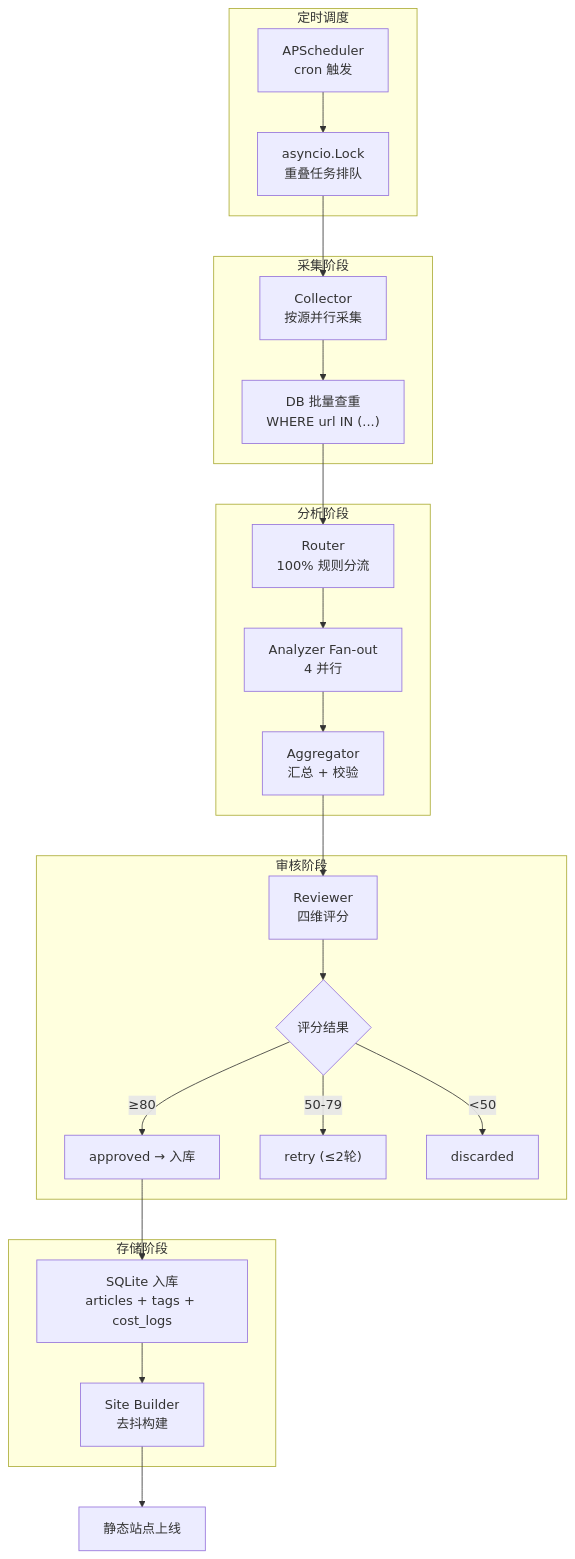
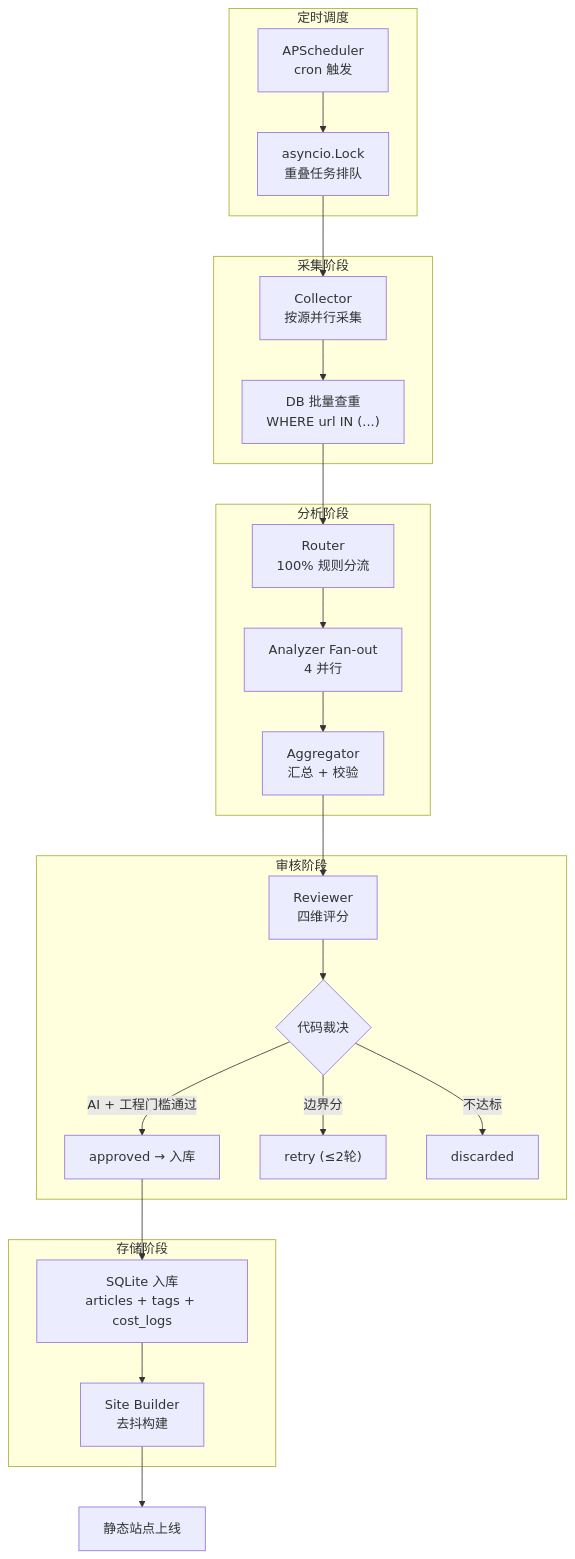
Before and after one commit to kangapp/ai-knowledge-base: the third of 5 diagrams in README.md, drawn with Mermaid. The commit also changed other lines of this file, not shown here.

````diff
--- a/README.md
+++ b/README.md
@@ -117,32 +117,32 @@
 ```mermaid
 flowchart TD
     subgraph Scheduler["定时调度"]
         A["APScheduler\ncron 触发"] --> B["asyncio.Lock\n重叠任务排队"]
     end
 
     subgraph Collection["采集阶段"]
         B --> C["Collector\n按源并行采集"]
         C --> D["DB 批量查重\nWHERE url IN (...)"]
     end
 
     subgraph Analysis["分析阶段"]
         D --> E["Router\n100% 规则分流"]
         E --> F["Analyzer Fan-out\n4 并行"]
         F --> G["Aggregator\n汇总 + 校验"]
     end
 
     subgraph Review["审核阶段"]
         G --> H["Reviewer\n四维评分"]
-        H --> I{"评分结果"}
-        I -->|≥80| J["approved → 入库"]
-        I -->|50-79| K["retry (≤2轮)"]
-        I -->|<50| L["discarded"]
+        H --> I{"代码裁决"}
+        I -->|AI + 工程门槛通过| J["approved → 入库"]
+        I -->|边界分| K["retry (≤2轮)"]
+        I -->|不达标| L["discarded"]
     end
 
     subgraph Storage["存储阶段"]
         J --> M["SQLite 入库\narticles + tags + cost_logs"]
         M --> N["Site Builder\n去抖构建"]
     end
 
     N --> O["静态站点上线"]
 ```
````
